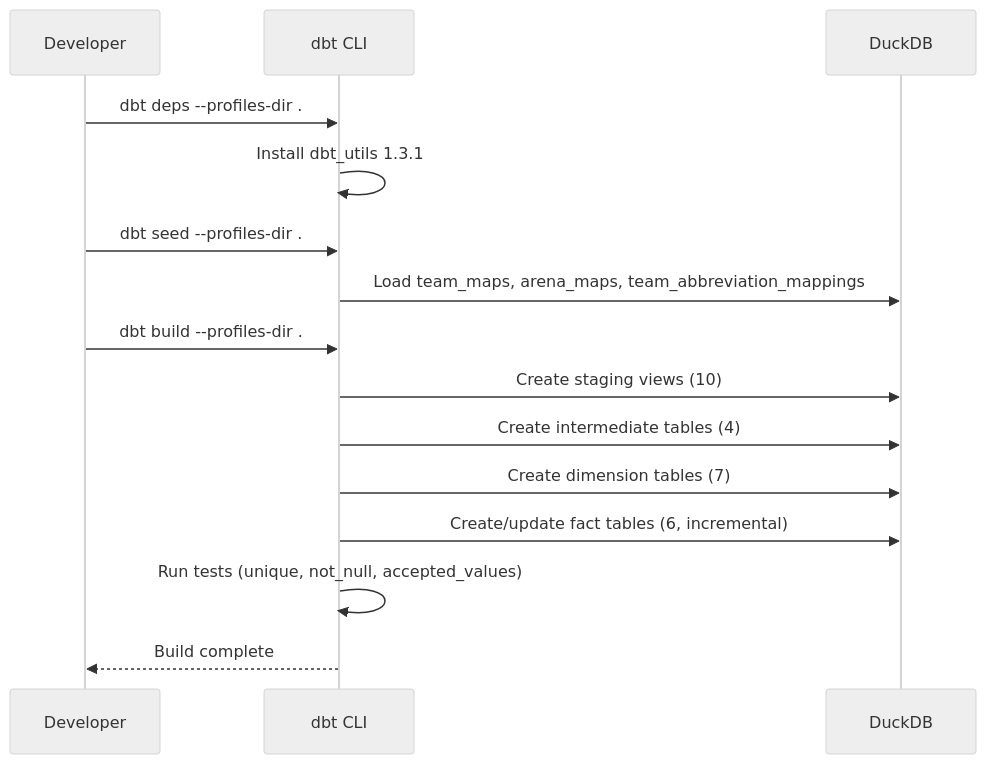
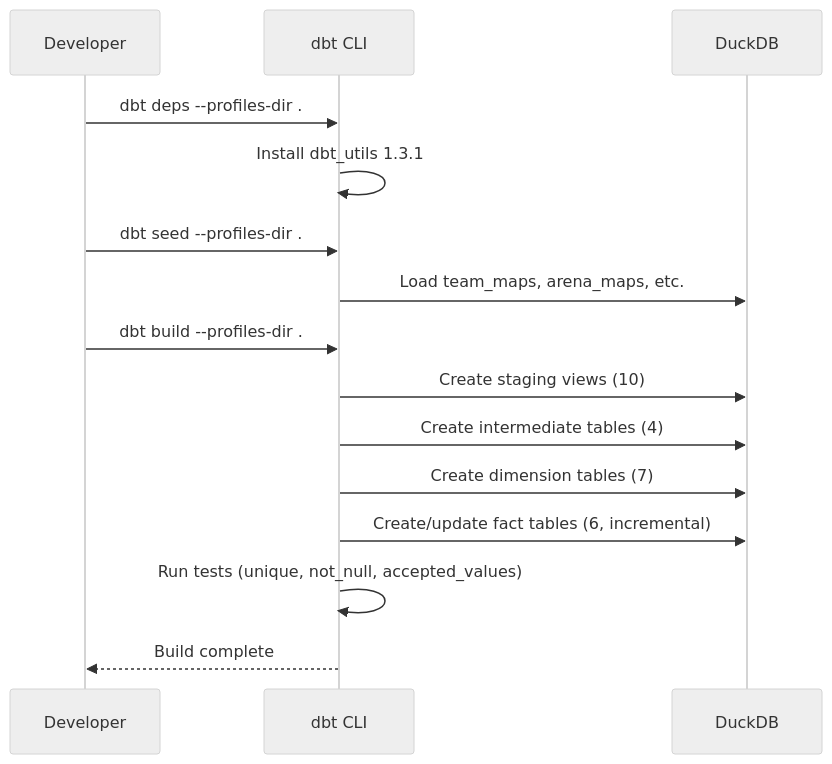
Before and after one commit to nprasad2077/dbt_sample: the first of 11 diagrams in .agents/summary/workflows.md, drawn with Mermaid (neutral theme). The commit also changed other lines of this file and 12 other files, not shown here.

Commit message:
charts update

````diff
--- a/.agents/summary/workflows.md
+++ b/.agents/summary/workflows.md
@@ -7,20 +7,20 @@
 ```mermaid
 sequenceDiagram
     participant Dev as Developer
     participant dbt as dbt CLI
     participant DB as DuckDB
 
     Dev->>dbt: dbt deps --profiles-dir .
     dbt->>dbt: Install dbt_utils 1.3.1
 
     Dev->>dbt: dbt seed --profiles-dir .
-    dbt->>DB: Load team_maps, arena_maps, team_abbreviation_mappings
+    dbt->>DB: Load team_maps, arena_maps, etc.
 
     Dev->>dbt: dbt build --profiles-dir .
     dbt->>DB: Create staging views (10)
     dbt->>DB: Create intermediate tables (4)
     dbt->>DB: Create dimension tables (7)
     dbt->>DB: Create/update fact tables (6, incremental)
     dbt->>dbt: Run tests (unique, not_null, accepted_values)
     dbt-->>Dev: Build complete
 ```
````
